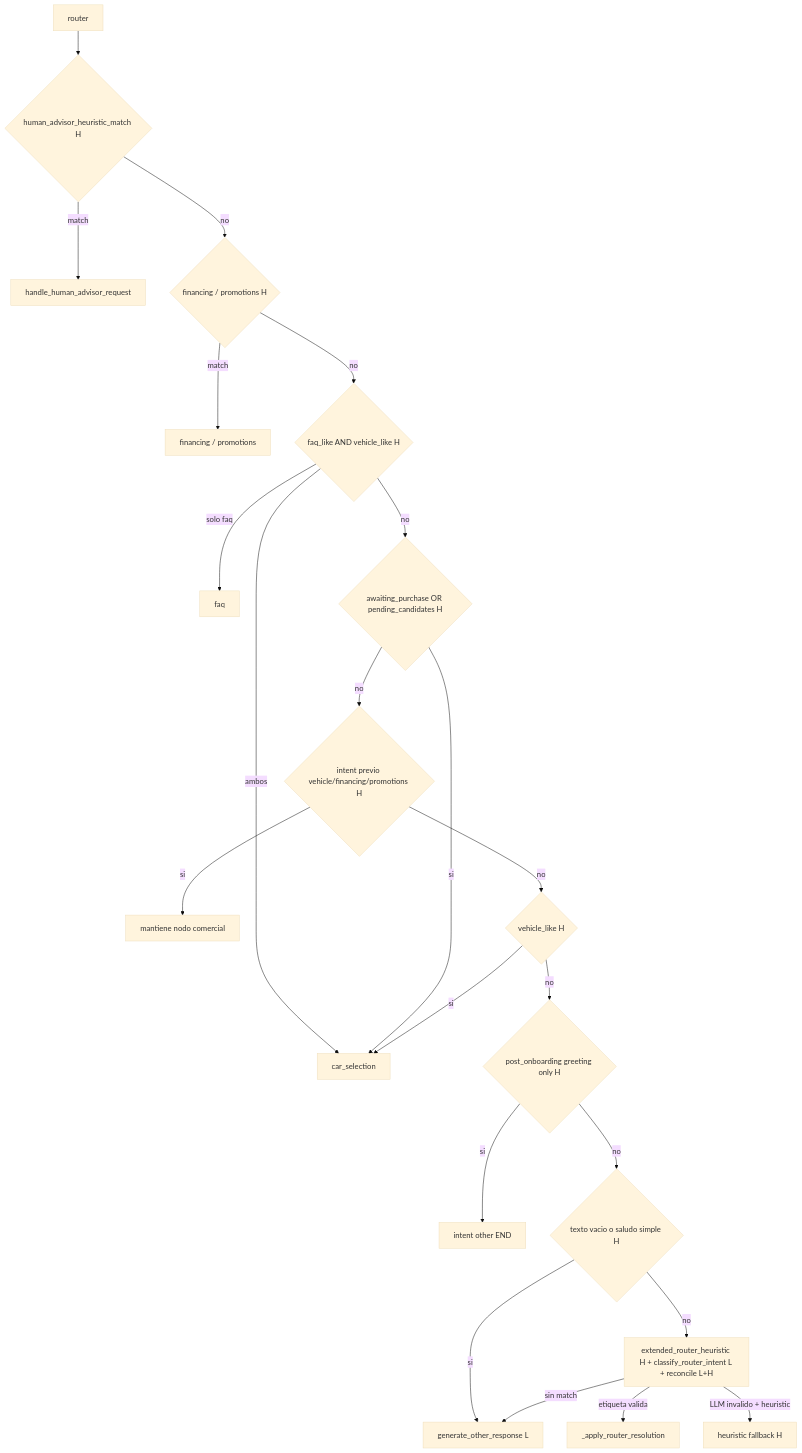
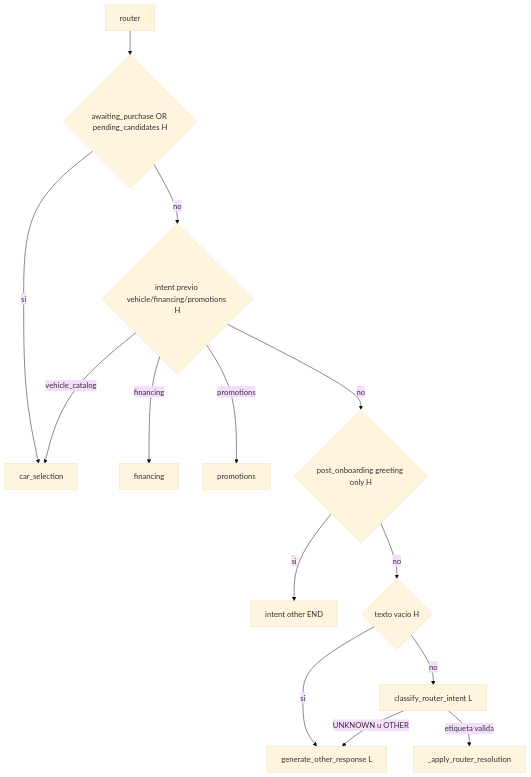
The fifth of 10 diagrams in bot/docs/flujo-completo.md (JoseManuelGdlO/car-advisor-bot), drawn with Mermaid (base theme) before and after one commit. The commit also changed other lines of this file and 4 other files, not shown here.

First line of the commit message:
chore: refine onboarding and routing logic for vehicle catalog and FAQ interactions

````diff
--- a/bot/docs/flujo-completo.md
+++ b/bot/docs/flujo-completo.md
@@ -203,24 +202,16 @@
 ```mermaid
 flowchart TD
-    entry[router] --> h1{human_advisor_heuristic_match H}
-    h1 -->|match| advisor["handle_human_advisor_request"]
-    h1 -->|no| h2{financing / promotions H}
-    h2 -->|match| domainEarly["financing / promotions"]
-    h2 -->|no| h3{faq_like AND vehicle_like H}
-    h3 -->|ambos| carSel[car_selection]
-    h3 -->|solo faq| faqNode[faq]
-    h3 -->|no| h4{awaiting_purchase OR pending_candidates H}
-    h4 -->|si| carSel
-    h4 -->|no| h5{intent previo vehicle/financing/promotions H}
-    h5 -->|si| contextNode[mantiene nodo comercial]
-    h5 -->|no| h6{vehicle_like H}
-    h6 -->|si| carSel
-    h6 -->|no| h7{post_onboarding greeting only H}
-    h7 -->|si| otherEarly[intent other END]
-    h7 -->|no| h8{texto vacio o saludo simple H}
-    h8 -->|si| otherLLM["generate_other_response L"]
-    h8 -->|no| hybrid["extended_router_heuristic H + classify_router_intent L + reconcile L+H"]
-    hybrid -->|etiqueta valida| apply["_apply_router_resolution"]
-    hybrid -->|LLM invalido + heuristic| hFallback[heuristic fallback H]
-    hybrid -->|sin match| otherLLM
+    entry[router] --> h1{awaiting_purchase OR pending_candidates H}
+    h1 -->|si| carSel[car_selection]
+    h1 -->|no| h2{intent previo vehicle/financing/promotions H}
+    h2 -->|vehicle_catalog| carSel
+    h2 -->|financing| finNode[financing]
+    h2 -->|promotions| promNode[promotions]
+    h2 -->|no| h3{post_onboarding greeting only H}
+    h3 -->|si| otherEarly[intent other END]
+    h3 -->|no| h4{texto vacio H}
+    h4 -->|si| otherLLM["generate_other_response L"]
+    h4 -->|no| llm["classify_router_intent L"]
+    llm -->|etiqueta valida| apply["_apply_router_resolution"]
+    llm -->|UNKNOWN u OTHER| otherLLM
 ```
````
